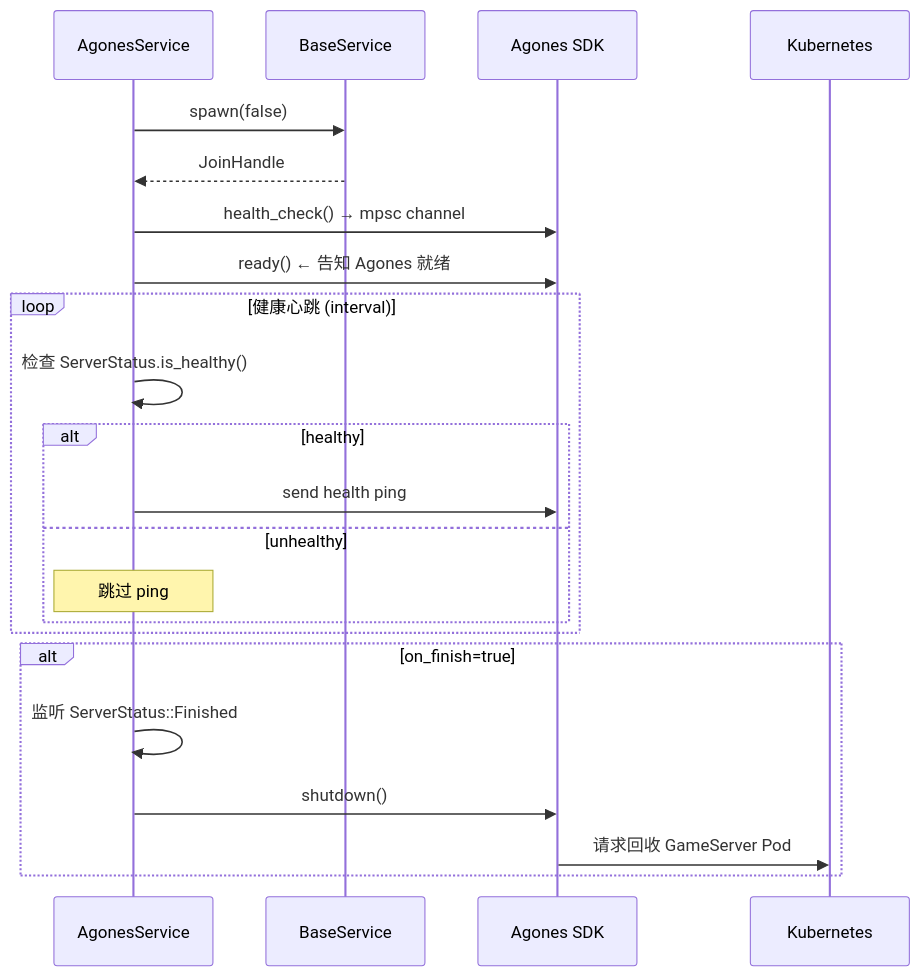
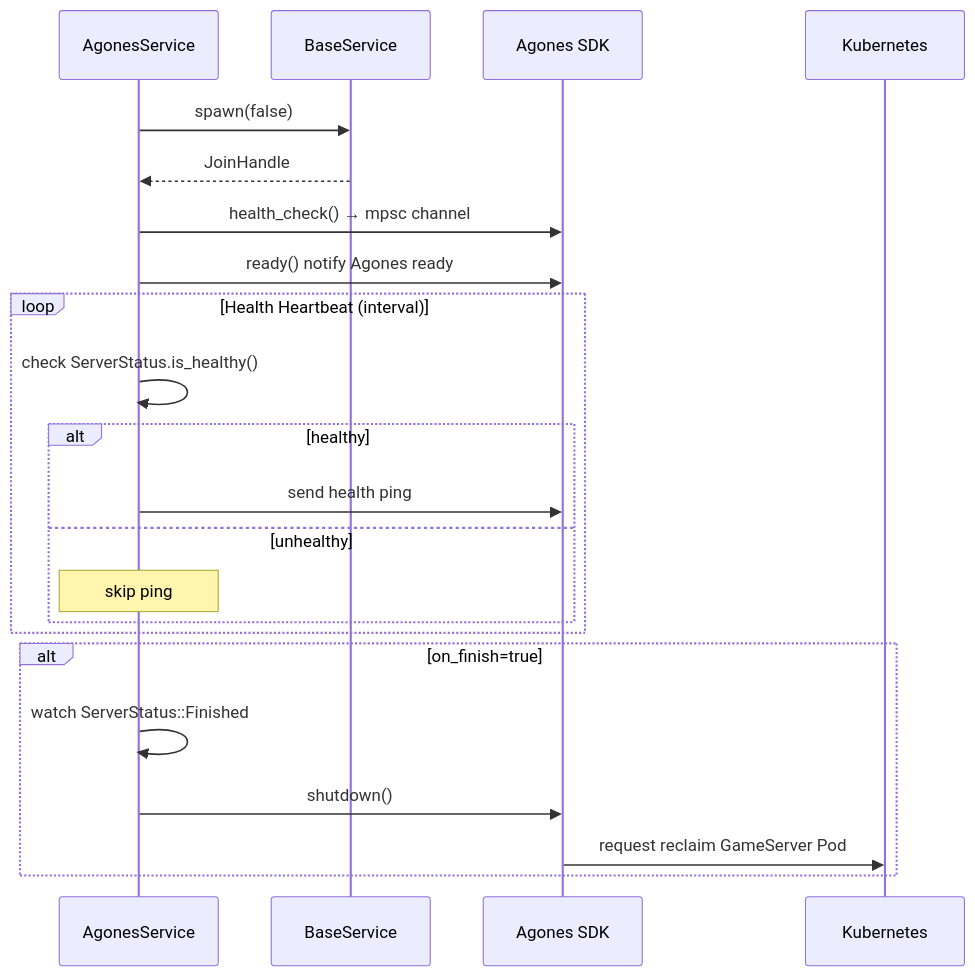
Before and after one commit to NN-4H0U/cluster: the ninth of 20 diagrams in docs/REPORT.md, drawn with Mermaid. The commit also changed other lines of this file, not shown here.

Commit message:
docs: fix 3.3 stateDiagram parse error and translate all diagram Chinese to English

````diff
--- a/docs/REPORT.md
+++ b/docs/REPORT.md
@@ -246,27 +246,27 @@
 ```mermaid
 sequenceDiagram
     participant SVC as AgonesService
     participant BS as BaseService
     participant SDK as Agones SDK
     participant K8S as Kubernetes
 
     SVC->>BS: spawn(false)
     BS-->>SVC: JoinHandle
     SVC->>SDK: health_check() → mpsc channel
-    SVC->>SDK: ready() ← 告知 Agones 就绪
+    SVC->>SDK: ready() notify Agones ready
 
-    loop 健康心跳 (interval)
-        SVC->>SVC: 检查 ServerStatus.is_healthy()
+    loop Health Heartbeat (interval)
+        SVC->>SVC: check ServerStatus.is_healthy()
         alt healthy
             SVC->>SDK: send health ping
         else unhealthy
-            Note over SVC: 跳过 ping
+            Note over SVC: skip ping
         end
     end
 
     alt on_finish=true
-        SVC->>SVC: 监听 ServerStatus::Finished
+        SVC->>SVC: watch ServerStatus::Finished
         SVC->>SDK: shutdown()
-        SDK->>K8S: 请求回收 GameServer Pod
+        SDK->>K8S: request reclaim GameServer Pod
     end
 ```
````
